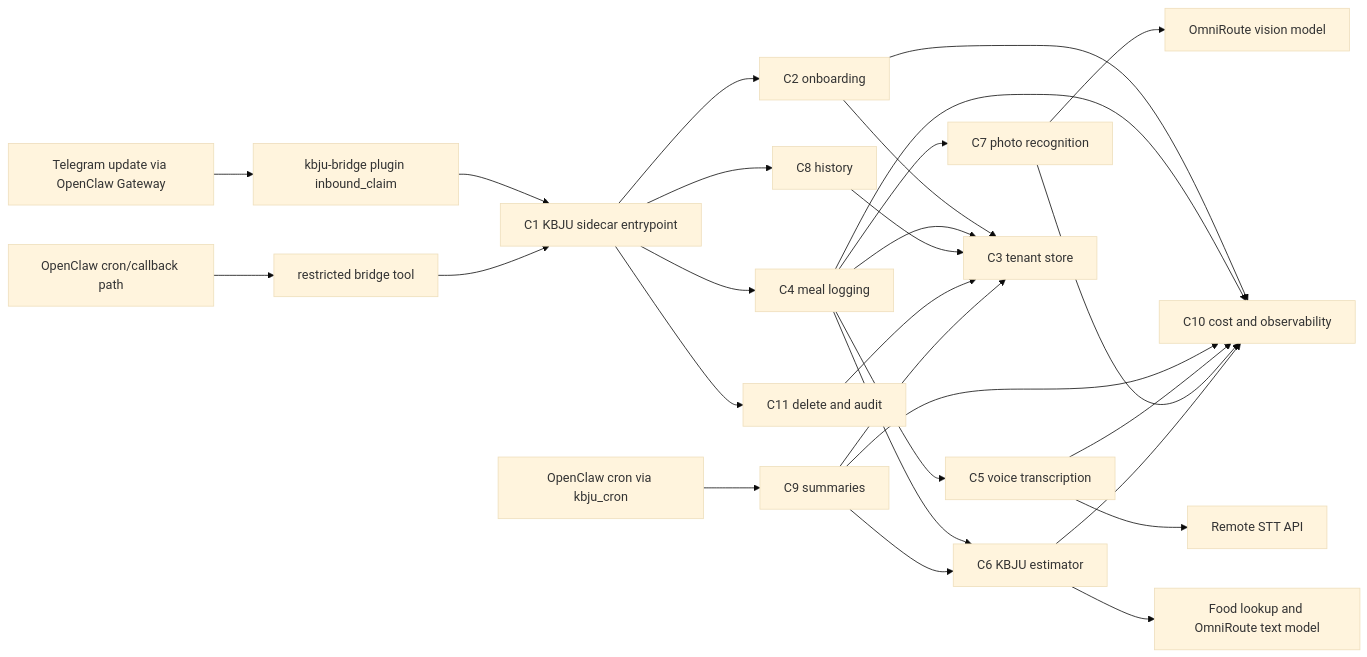
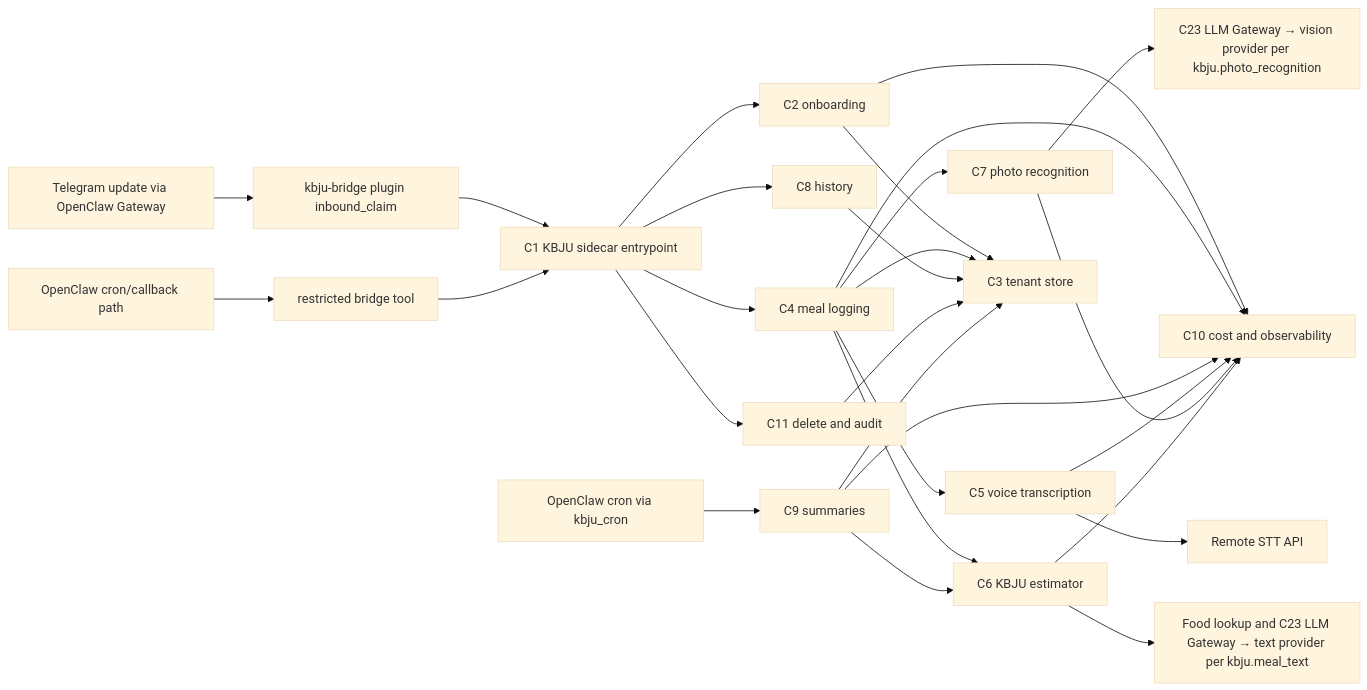
The diagram in docs/architecture/ARCH-001-kbju-coach-v0-1.md (ponkcore/openclown-assistant), drawn with Mermaid (base theme) before and after one commit. The commit also changed other lines of this file and 28 other files, not shown here.

````diff
--- a/docs/architecture/ARCH-001-kbju-coach-v0-1.md
+++ b/docs/architecture/ARCH-001-kbju-coach-v0-1.md
@@ -585,30 +761,30 @@
 ```mermaid
 graph LR
   A[Telegram update via OpenClaw Gateway] --> Z[kbju-bridge plugin inbound_claim]
   AA[OpenClaw cron/callback path] --> ZZ[restricted bridge tool]
   Z --> B[C1 KBJU sidecar entrypoint]
   ZZ --> B
   B --> C[C2 onboarding]
   B --> D[C4 meal logging]
   B --> E[C8 history]
   B --> F[C11 delete and audit]
   G[OpenClaw cron via kbju_cron] --> H[C9 summaries]
   D --> I[C5 voice transcription]
   D --> J[C7 photo recognition]
   D --> K[C6 KBJU estimator]
   H --> K
   C --> L[C3 tenant store]
   D --> L
   E --> L
   F --> L
   H --> L
   I --> M[Remote STT API]
-  J --> N[OmniRoute vision model]
-  K --> O[Food lookup and OmniRoute text model]
+  J --> N[C23 LLM Gateway → vision provider per kbju.photo_recognition]
+  K --> O[Food lookup and C23 LLM Gateway → text provider per kbju.meal_text]
   C --> P[C10 cost and observability]
   D --> P
   H --> P
   I --> P
   J --> P
   K --> P
 ```
````
